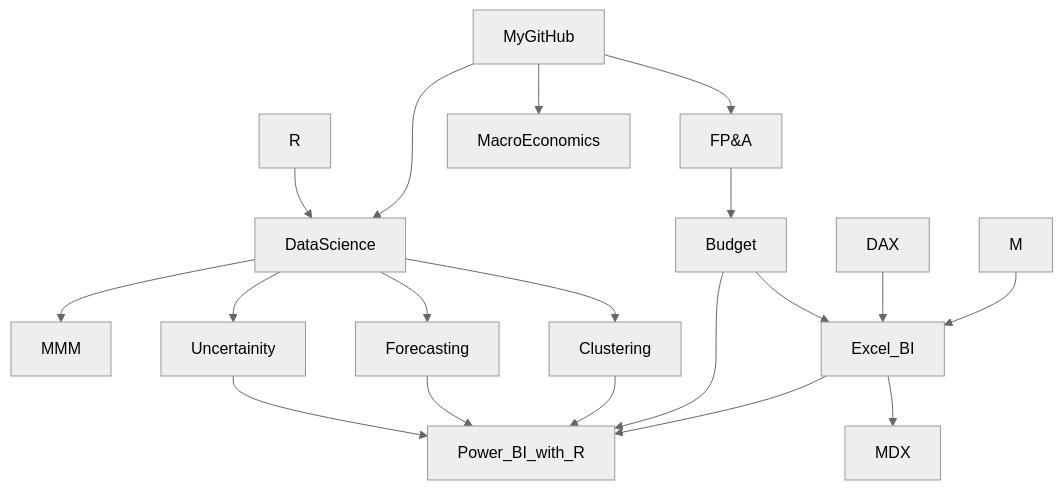
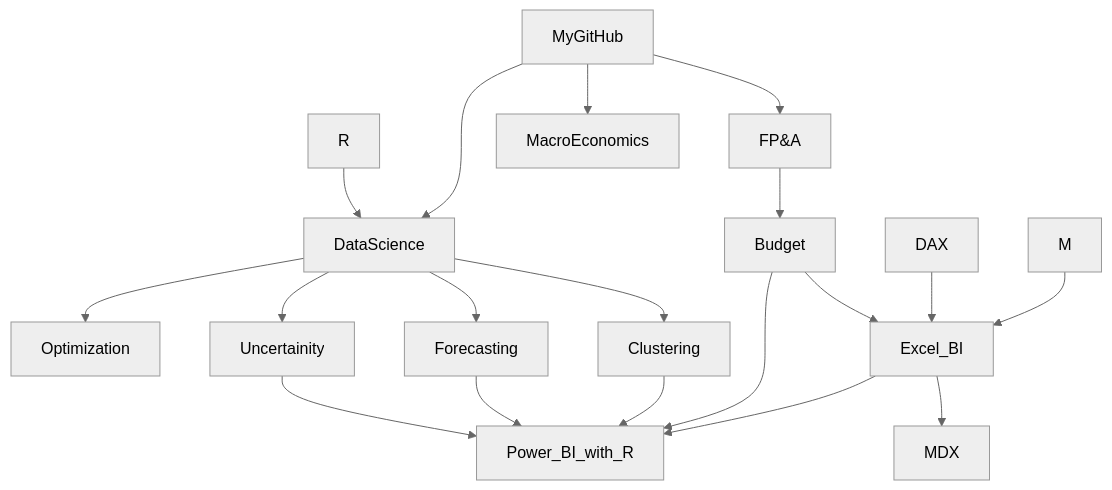
One commit to md3629/md3629 changed the diagram in README.md. Above: the diagram before and after it, drawn with Mermaid (neutral theme).

````diff
--- a/README.md
+++ b/README.md
@@ -9,21 +9,21 @@
 ```mermaid
 graph TD;
     MyGitHub-->FP&A;
     FP&A-->Budget;
     R-->DataScience;
     MyGitHub-->DataScience;
     MyGitHub-->MacroEconomics;
-    DataScience-->MMM;
+    DataScience-->Optimization;
     DataScience-->Forecasting;
     DataScience-->Clustering;
     DataScience-->Uncertainity;
     Uncertainity-->Power_BI_with_R;
     Forecasting-->Power_BI_with_R;
     Clustering-->Power_BI_with_R;
     Budget-->Power_BI_with_R;
     Budget-->Excel_BI;
     DAX-->Excel_BI;
     M-->Excel_BI;
     Excel_BI-->Power_BI_with_R;
     Excel_BI-->MDX;
 ```
````
